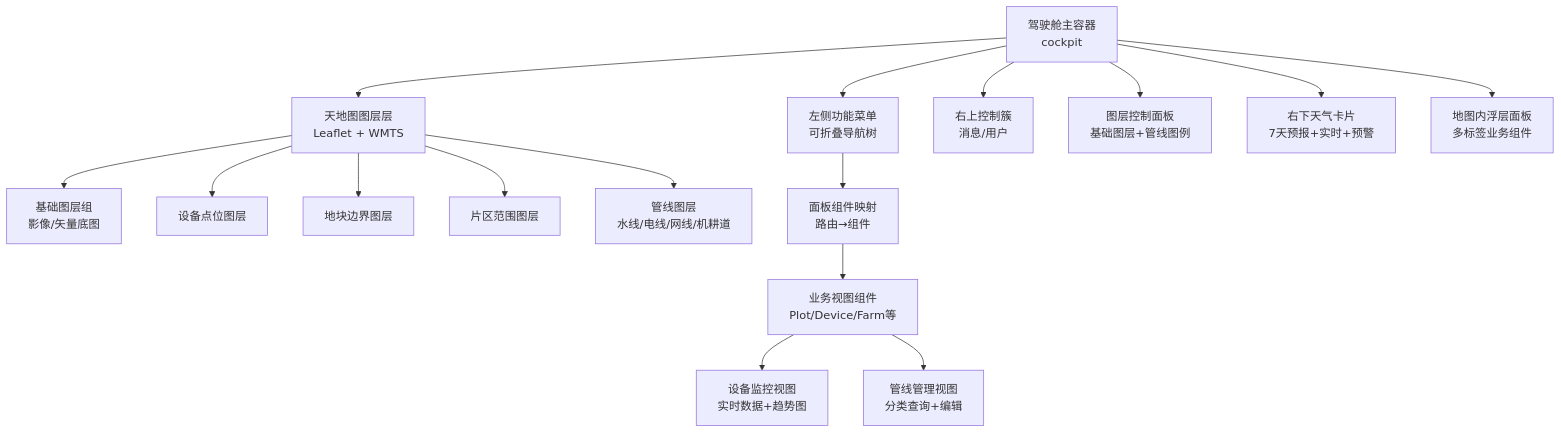
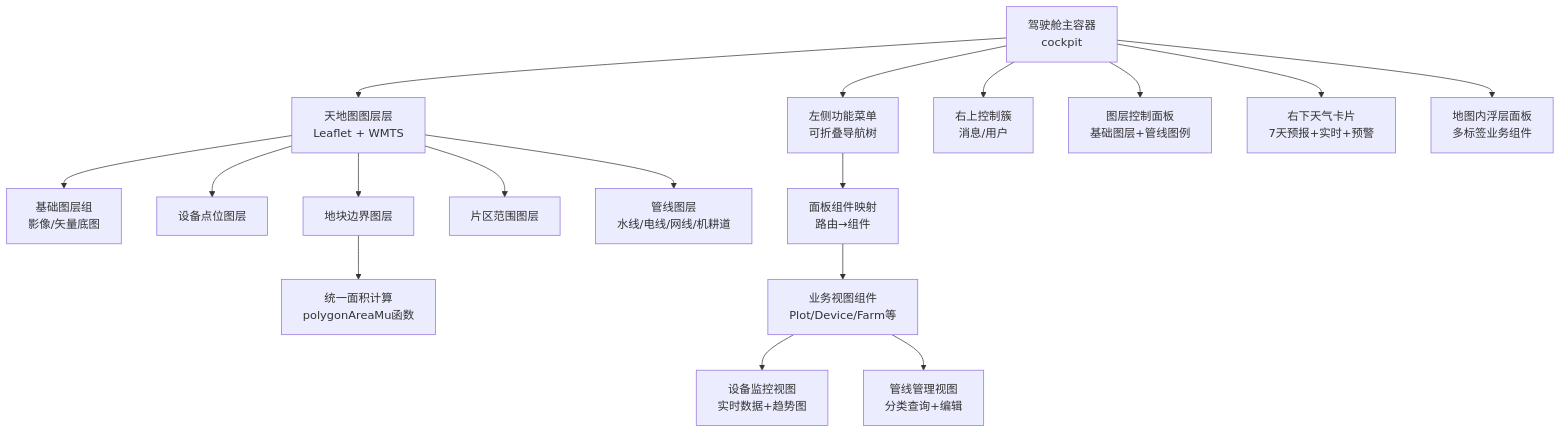
One commit to q446328246/agri-platform changed the first of 3 diagrams in .qoder/repowiki/zh/content/前端应用文档/核心页面/仪表盘页面.md. Above: the diagram before and after it, drawn with Mermaid. The commit also changed other lines of this file and 37 other files, not shown here.

````diff
--- a/.qoder/repowiki/zh/content/前端应用文档/核心页面/仪表盘页面.md
+++ b/.qoder/repowiki/zh/content/前端应用文档/核心页面/仪表盘页面.md
@@ -55,18 +58,19 @@
 ```mermaid
 graph TB
 Cockpit["驾驶舱主容器<br/>cockpit"] --> MapLayer["天地图图层层<br/>Leaflet + WMTS"]
 Cockpit --> FuncMenu["左侧功能菜单<br/>可折叠导航树"]
 Cockpit --> ControlCluster["右上控制簇<br/>消息/用户"]
 Cockpit --> LayerPanel["图层控制面板<br/>基础图层+管线图例"]
 Cockpit --> WeatherCard["右下天气卡片<br/>7天预报+实时+预警"]
 Cockpit --> MapPanel["地图内浮层面板<br/>多标签业务组件"]
 MapLayer --> BaseLayers["基础图层组<br/>影像/矢量底图"]
 MapLayer --> DeviceLayer["设备点位图层"]
 MapLayer --> FieldLayer["地块边界图层"]
 MapLayer --> ZoneLayer["片区范围图层"]
 MapLayer --> LineLayers["管线图层<br/>水线/电线/网线/机耕道"]
+FieldLayer --> AreaCalc["统一面积计算<br/>polygonAreaMu函数"]
 FuncMenu --> PanelComps["面板组件映射<br/>路由→组件"]
 PanelComps --> BusinessViews["业务视图组件<br/>Plot/Device/Farm等"]
 BusinessViews --> MonitorView["设备监控视图<br/>实时数据+趋势图"]
 BusinessViews --> InfraLineView["管线管理视图<br/>分类查询+编辑"]
 ```
````
